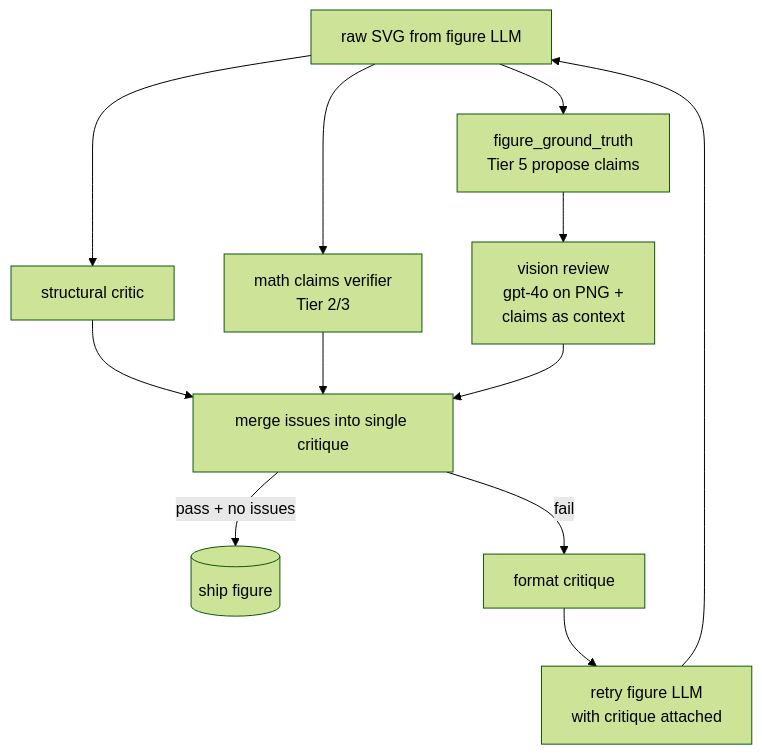
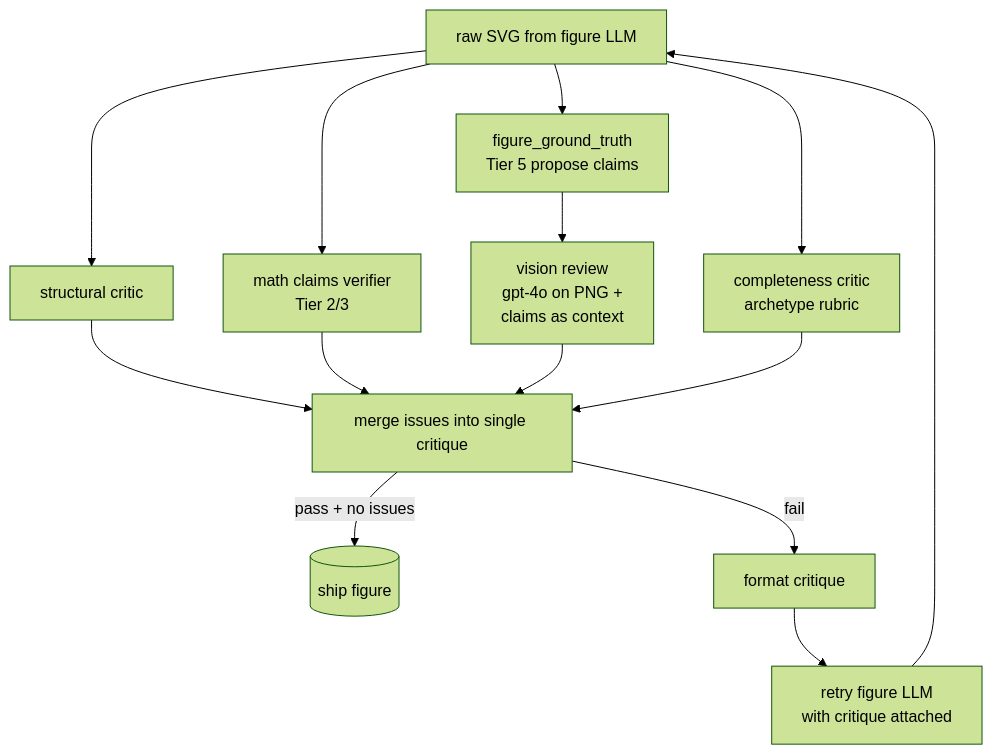
The first of 4 diagrams in docs/QUALITY_GATES.md (khayyam-math/khayyam-math), drawn with Mermaid (forest theme) before and after one commit. The commit also changed other lines of this file and 5 other files, not shown here.

````diff
--- a/docs/QUALITY_GATES.md
+++ b/docs/QUALITY_GATES.md
@@ -22,14 +30,16 @@
 ```mermaid
 flowchart TB
     SVG[raw SVG from figure LLM] --> S[structural critic]
     SVG --> M[math claims verifier<br/>Tier 2/3]
     SVG --> GT[figure_ground_truth<br/>Tier 5 propose claims]
+    SVG --> C[completeness critic<br/>archetype rubric]
     GT --> R[vision review<br/>gpt-4o on PNG +<br/>claims as context]
     S --> Merge[merge issues into single critique]
     M --> Merge
     R --> Merge
+    C --> Merge
     Merge -->|pass + no issues| OUT[(ship figure)]
     Merge -->|fail| Critique[format critique]
     Critique --> Retry[retry figure LLM<br/>with critique attached]
     Retry --> SVG
 ```
````
